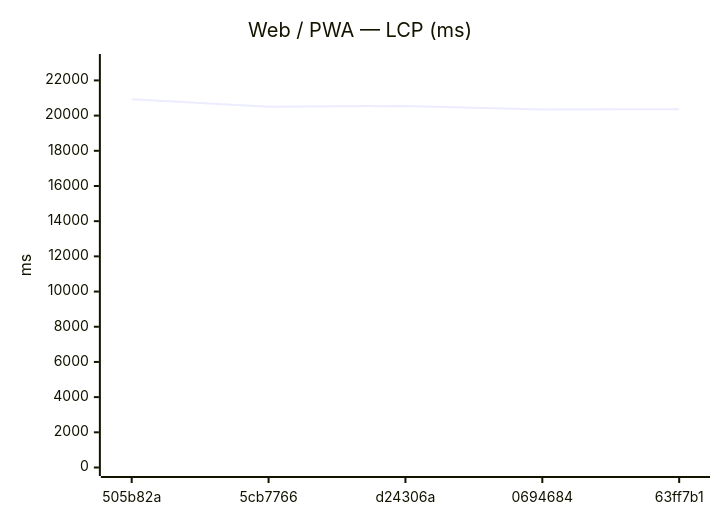
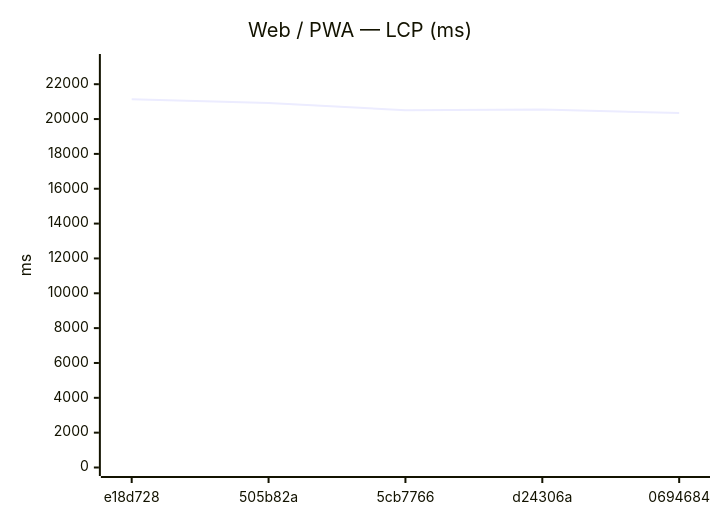
Before and after one commit to Metaheurist/Rianell: the seventh of 18 diagrams in benchmarks/compare.md, drawn with Mermaid. The commit also changed other lines of this file and 11 other files, not shown here.

````diff
--- a/benchmarks/compare.md
+++ b/benchmarks/compare.md
@@ -117,7 +117,7 @@
 ```mermaid
 xychart-beta
     title "Web / PWA — LCP (ms)"
-    x-axis ["505b82a", "5cb7766", "d24306a", "0694684", "63ff7b1"]
-    y-axis "ms" 0 --> 23018
-    line [20925, 20504, 20549, 20346, 20361]
+    x-axis ["e18d728", "505b82a", "5cb7766", "d24306a", "0694684"]
+    y-axis "ms" 0 --> 23246
+    line [21132, 20925, 20504, 20549, 20346]
 ```
````
